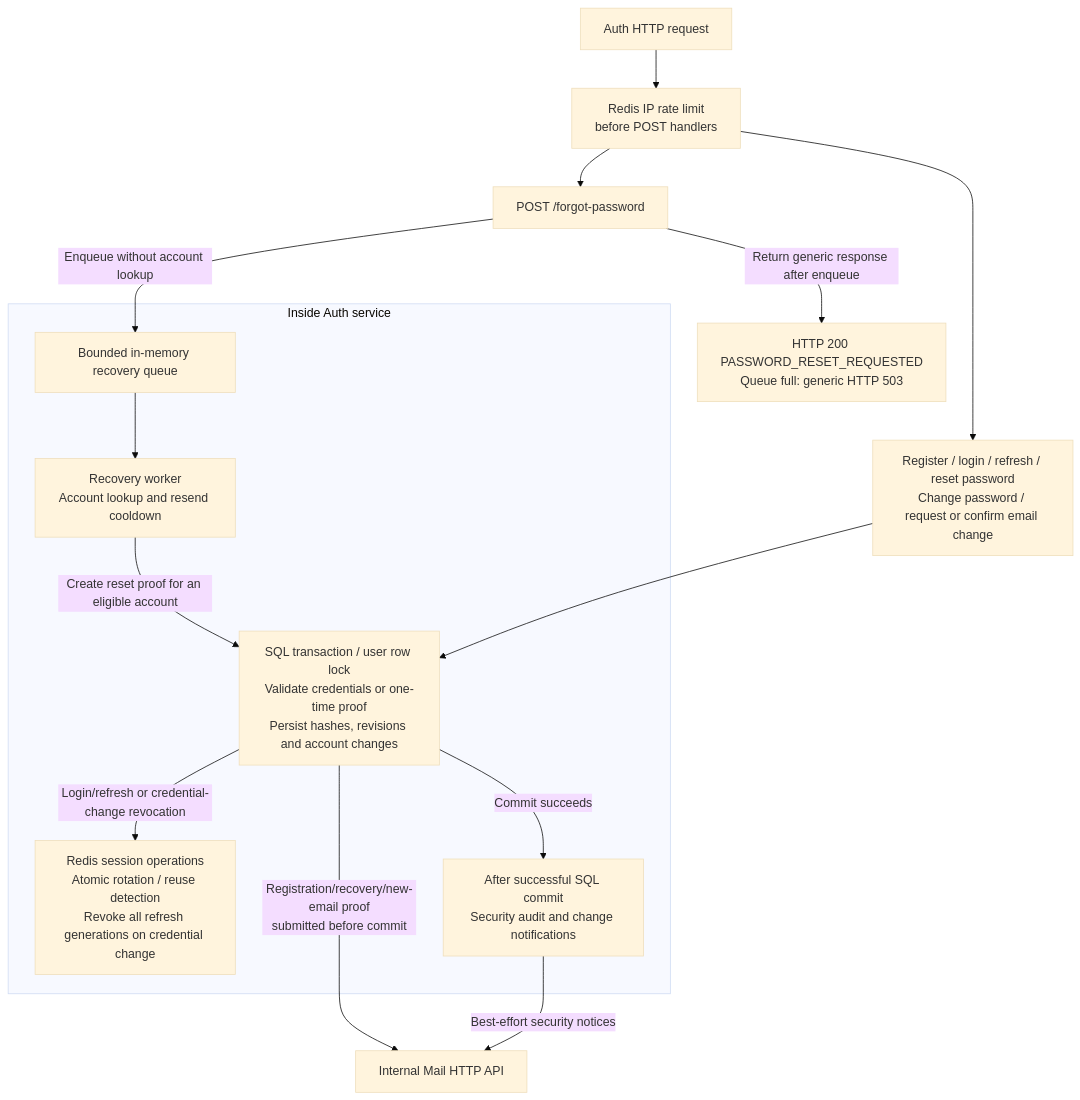
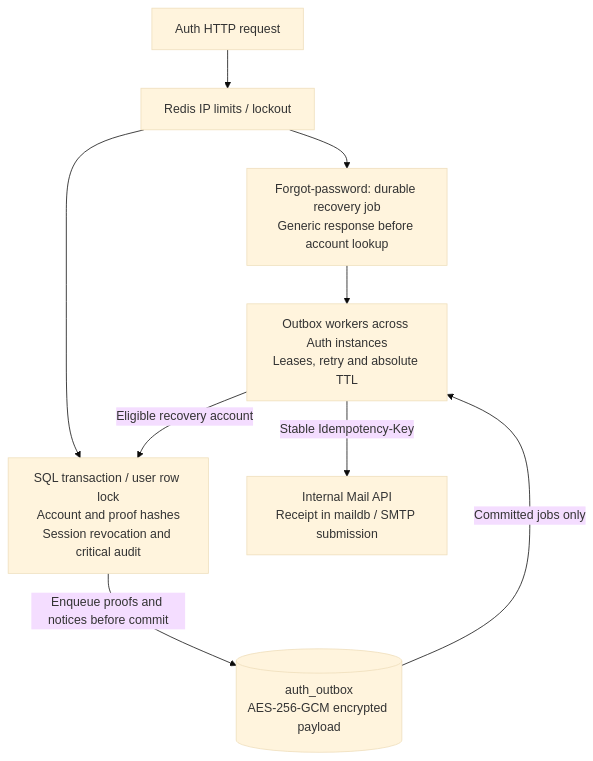
Before and after one commit to Sanglm2207/hybrid-auth-platform: the second of 3 diagrams in README.md, drawn with Mermaid (base theme). The commit also changed other lines of this file and 7 other files, not shown here.

Commit message:
docs: update architecture and P0 P1 P2 rollout guidance

````diff
--- a/README.md
+++ b/README.md
@@ -77,24 +86,11 @@
 ```mermaid
 flowchart TB
-    request["Auth HTTP request"] --> limit["Redis IP rate limit<br/>before POST handlers"]
-    limit --> forgot["POST /forgot-password"]
-    limit --> credentials["Register / login / refresh / reset password<br/>Change password / request or confirm email change"]
-
-    subgraph process["Inside Auth service"]
-        queue["Bounded in-memory recovery queue"]
-        worker["Recovery worker<br/>Account lookup and resend cooldown"]
-        transaction["SQL transaction / user row lock<br/>Validate credentials or one-time proof<br/>Persist hashes, revisions and account changes"]
-        state["Redis session operations<br/>Atomic rotation / reuse detection<br/>Revoke all refresh generations on credential change"]
-        committed["After successful SQL commit<br/>Security audit and change notifications"]
-    end
-
-    forgot -->|"Enqueue without account lookup"| queue
-    forgot -->|"Return generic response after enqueue"| response["HTTP 200 PASSWORD_RESET_REQUESTED<br/>Queue full: generic HTTP 503"]
-    queue --> worker
-    worker -->|"Create reset proof for an eligible account"| transaction
-    credentials --> transaction
-    transaction -->|"Login/refresh or credential-change revocation"| state
-    transaction -->|"Registration/recovery/new-email proof<br/>submitted before commit"| mail["Internal Mail HTTP API"]
-    transaction -->|"Commit succeeds"| committed
-    committed -->|"Best-effort security notices"| mail
+    request["Auth HTTP request"] --> limit["Redis IP limits / lockout"]
+    limit --> forgot["Forgot-password: durable recovery job<br/>Generic response before account lookup"]
+    limit --> transaction["SQL transaction / user row lock<br/>Account and proof hashes<br/>Session revocation and critical audit"]
+    forgot --> worker["Outbox workers across Auth instances<br/>Leases, retry and absolute TTL"]
+    worker -->|"Eligible recovery account"| transaction
+    transaction -->|"Enqueue proofs and notices before commit"| queue[("auth_outbox<br/>AES-256-GCM encrypted payload")]
+    queue -->|"Committed jobs only"| worker
+    worker -->|"Stable Idempotency-Key"| mail["Internal Mail API<br/>Receipt in maildb / SMTP submission"]
 ```
````
